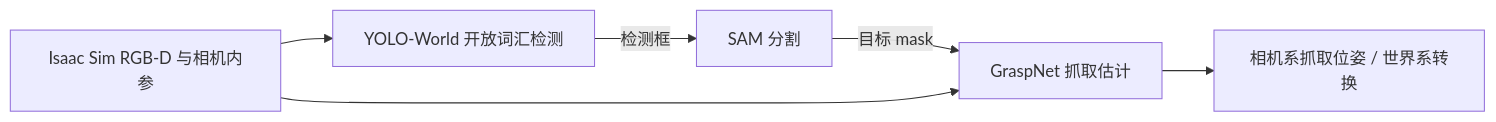
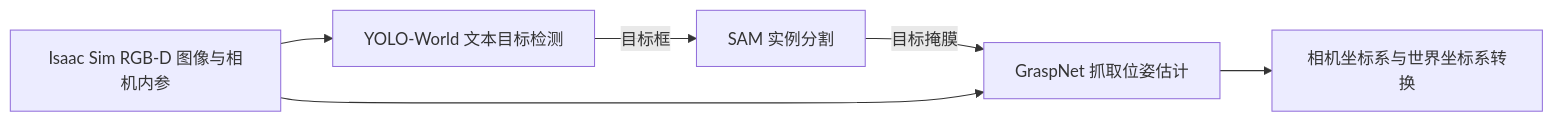
The diagram in README.md (GuanliLee/Yolo_world-Sam-Graspnet), drawn with Mermaid before and after one commit. The commit also changed other lines of this file and 3 other files, not shown here.

````diff
--- a/README.md
+++ b/README.md
@@ -27,8 +18,8 @@
 ```mermaid
 flowchart LR
-    A[Isaac Sim RGB-D 与相机内参] --> B[YOLO-World 开放词汇检测]
-    B -->|检测框| C[SAM 分割]
-    C -->|目标 mask| D[GraspNet 抓取估计]
+    A[Isaac Sim RGB-D 图像与相机内参] --> B[YOLO-World 文本目标检测]
+    B -->|目标框| C[SAM 实例分割]
+    C -->|目标掩膜| D[GraspNet 抓取位姿估计]
     A --> D
-    D --> E[相机系抓取位姿 / 世界系转换]
+    D --> E[相机坐标系与世界坐标系转换]
 ```
````
